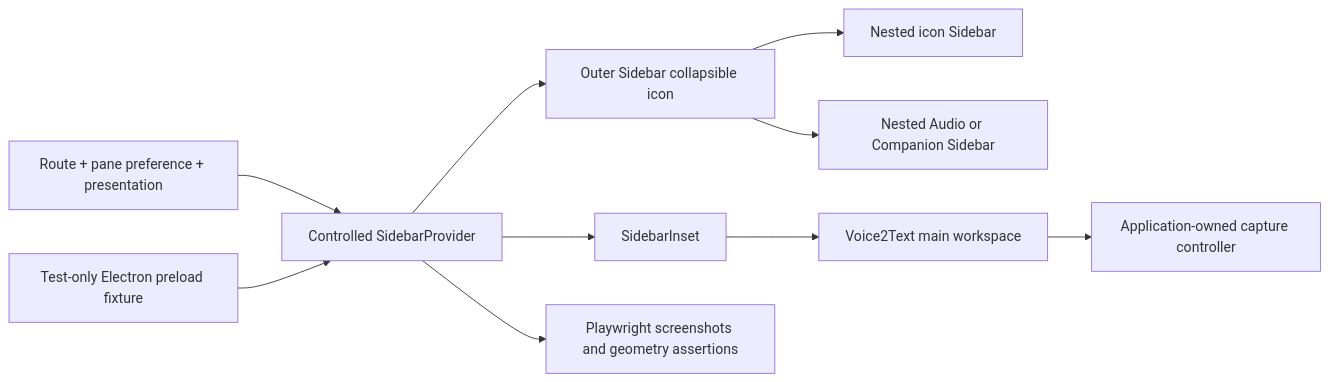
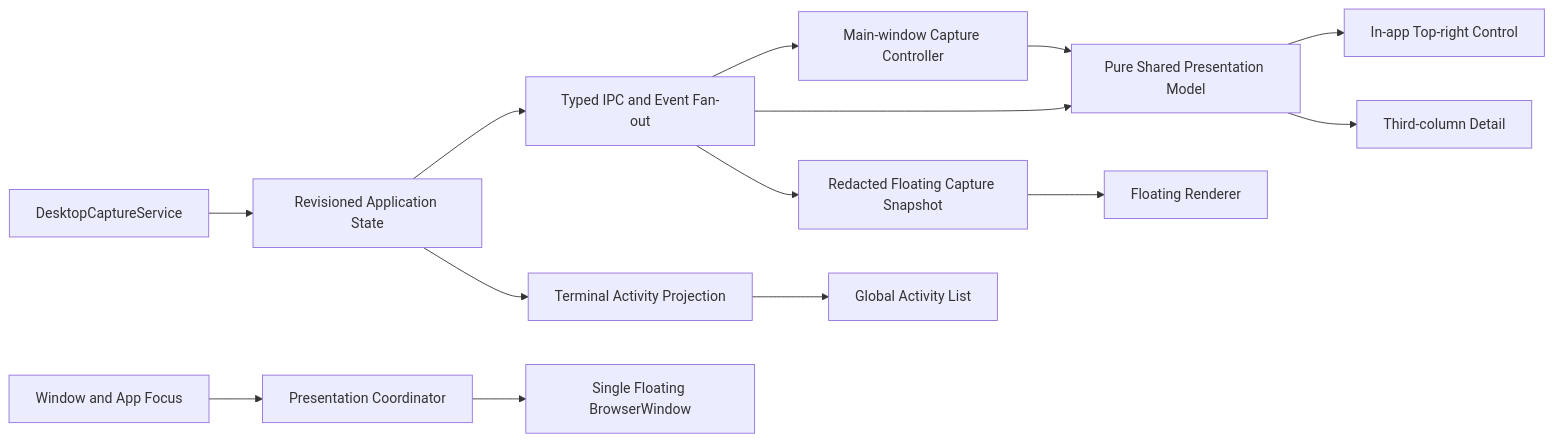
The diagram in docs/plans/2026-08-19-1154-refactor-electron-sidebar-09-visual-fidelity-plan.md (hashencode/voice-studio), drawn with Mermaid before and after one commit. The commit also changed other lines of this file and 79 other files, not shown here.

Commit message:
feat(desktop): complete sidebar capture workstation

````diff
--- a/docs/plans/2026-08-19-1154-refactor-electron-sidebar-09-visual-fidelity-plan.md
+++ b/docs/plans/2026-08-19-1154-refactor-electron-sidebar-09-visual-fidelity-plan.md
@@ -163,12 +204,16 @@
-```mermaid
+~~~mermaid
 flowchart LR
-  State[Route + pane preference + presentation] --> Provider[Controlled SidebarProvider]
-  Provider --> Outer[Outer Sidebar collapsible icon]
-  Outer --> Rail[Nested icon Sidebar]
-  Outer --> Pane[Nested Audio or Companion Sidebar]
-  Provider --> Inset[SidebarInset]
-  Inset --> Workspace[Voice2Text main workspace]
-  Workspace --> Capture[Application-owned capture controller]
-  Fixture[Test-only Electron preload fixture] --> Provider
-  Provider --> Geometry[Playwright screenshots and geometry assertions]
-```
+  Capture[DesktopCaptureService] --> AppState[Revisioned Application State]
+  AppState --> Ipc[Typed IPC and Event Fan-out]
+  Ipc --> Controller[Main-window Capture Controller]
+  Ipc --> Model[Pure Shared Presentation Model]
+  Controller --> Model
+  Model --> InApp[In-app Top-right Control]
+  Model --> Detail[Third-column Detail]
+  Ipc --> Redacted[Redacted Floating Capture Snapshot]
+  Redacted --> Float[Floating Renderer]
+  AppState --> Activity[Terminal Activity Projection]
+  Activity --> ActivityUI[Global Activity List]
+  WindowEvents[Window and App Focus] --> Coordinator[Presentation Coordinator]
+  Coordinator --> FloatWindow[Single Floating BrowserWindow]
+~~~
````
